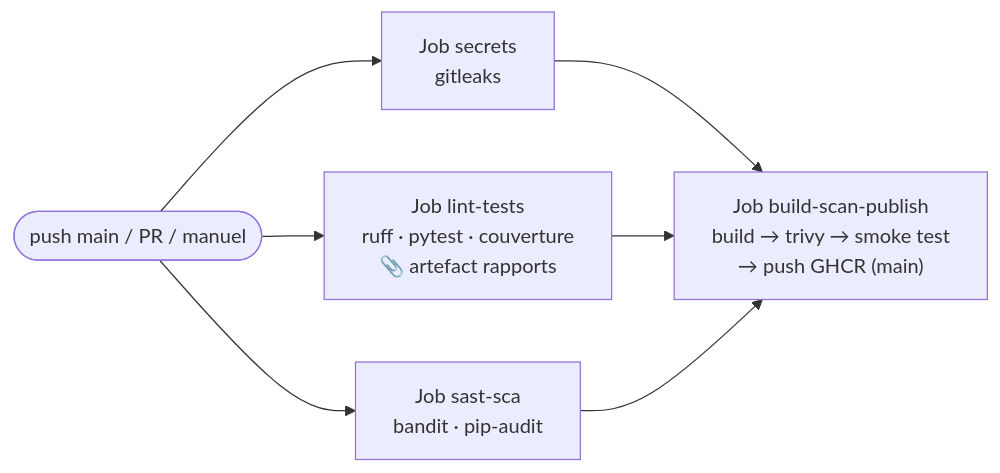
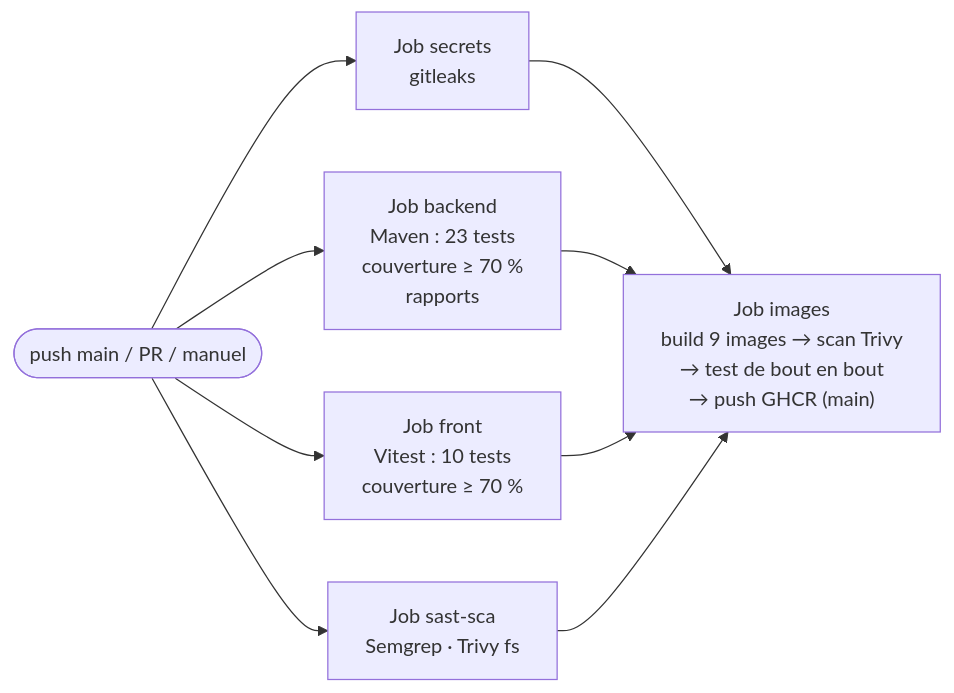
The diagram in docs/cicd/US-04.2_demo_github_actions.md (ALD3X/CESI_B3_Collab), drawn with Mermaid before and after one commit. The commit also changed other lines of this file and 8 other files, not shown here.

````diff
--- a/docs/cicd/US-04.2_demo_github_actions.md
+++ b/docs/cicd/US-04.2_demo_github_actions.md
@@ -25,8 +26,9 @@
 ```mermaid
 flowchart LR
-    E(["push main / PR / manuel"]) --> S & L & A
+    E(["push main / PR / manuel"]) --> S & B & F & A
     S["Job secrets<br/>gitleaks"]
-    L["Job lint-tests<br/>ruff · pytest · couverture<br/>📎 artefact rapports"]
-    A["Job sast-sca<br/>bandit · pip-audit"]
-    S & L & A --> B["Job build-scan-publish<br/>build → trivy → smoke test<br/>→ push GHCR (main)"]
+    B["Job backend<br/>Maven : 23 tests<br/>couverture ≥ 70 %<br/> rapports"]
+    F["Job front<br/>Vitest : 10 tests<br/>couverture ≥ 70 %"]
+    A["Job sast-sca<br/>Semgrep · Trivy fs"]
+    S & B & F & A --> I["Job images<br/>build 9 images → scan Trivy<br/>→ test de bout en bout<br/>→ push GHCR (main)"]
 ```
````
